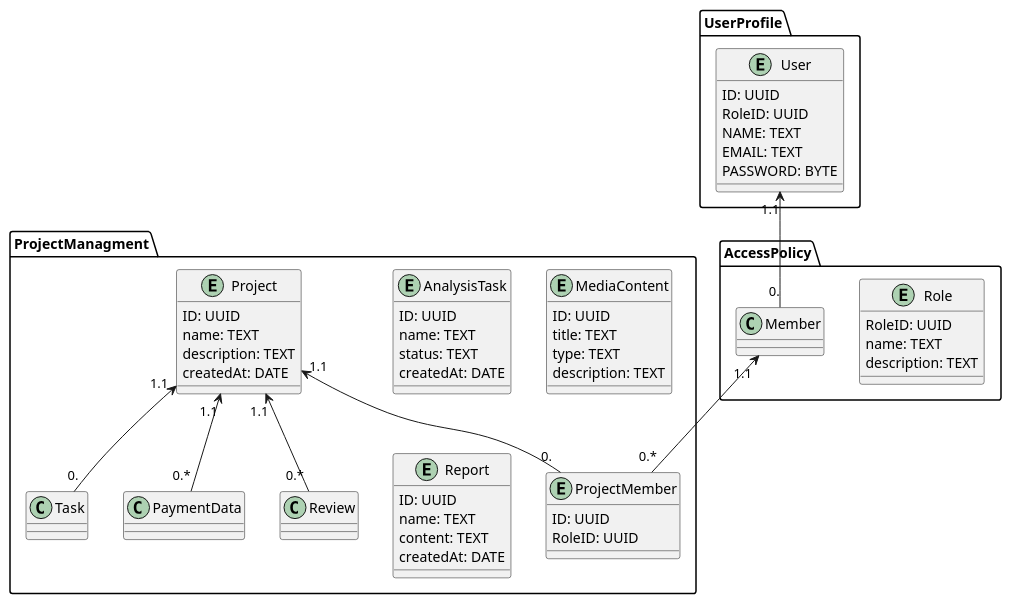
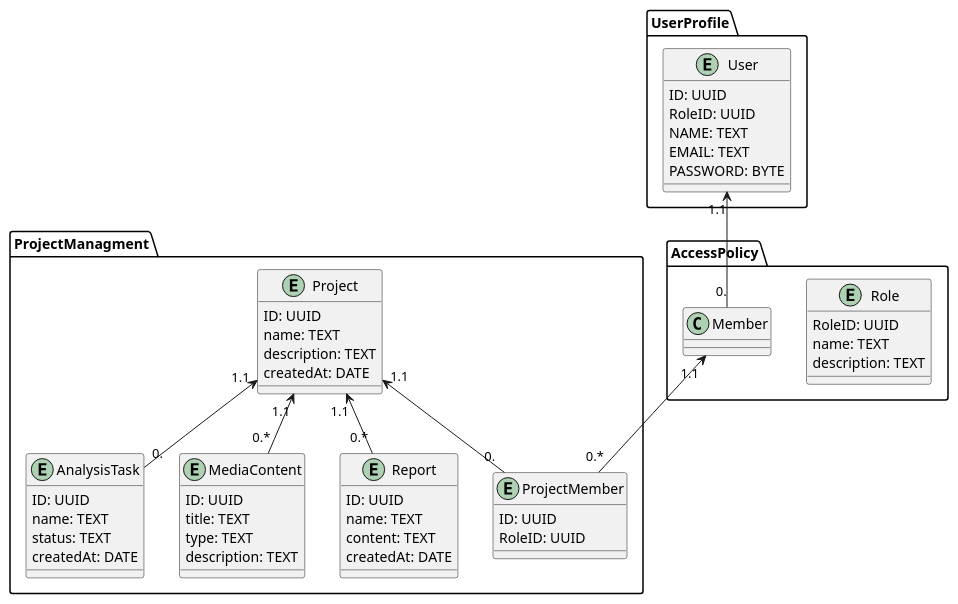
One commit to zhkcll/lab6 changed the diagram in docs/design.md. Above: the diagram before and after it, drawn with PlantUML.

Commit message:
Corrected mistakes

````diff
--- a/docs/design.md
+++ b/docs/design.md
@@ -7,65 +7,65 @@
 ```plantuml
 @startuml
 package ProjectManagment {
     entity ProjectMember {
         ID: UUID
         RoleID: UUID
     }
 
     entity Project {
         ID: UUID
         name: TEXT
         description: TEXT
         createdAt: DATE
     }
 
     entity AnalysisTask {
         ID: UUID
         name: TEXT
         status: TEXT
         createdAt: DATE
     }
 
     entity MediaContent {
         ID: UUID
         title: TEXT
         type: TEXT
         description: TEXT
     }
 
     entity Report {
         ID: UUID
         name: TEXT
         content: TEXT
         createdAt: DATE
     }
 }
 
 package AccessPolicy {
     entity Role {
         RoleID: UUID
         name: TEXT
         description: TEXT
     }
 }
 
 package UserProfile {
     entity User {
         ID: UUID
         RoleID: UUID
         NAME: TEXT
         EMAIL: TEXT
         PASSWORD: BYTE
     }
 }
 
 ProjectManagment.Project "1.1" <-- "0." ProjectManagment.ProjectMember
-ProjectManagment.Project "1.1" <-- "0." ProjectManagment.Task
-ProjectManagment.Project "1.1" <-- "0.*" ProjectManagment.PaymentData
-ProjectManagment.Project "1.1" <-- "0.*" ProjectManagment.Review
+ProjectManagment.Project "1.1" <-- "0." ProjectManagment.AnalysisTask
+ProjectManagment.Project "1.1" <-- "0.*" ProjectManagment.MediaContent
+ProjectManagment.Project "1.1" <-- "0.*" ProjectManagment.Report
 
 UserProfile.User "1.1" <-- "0." AccessPolicy.Member
 
 AccessPolicy.Member "1.1" <-- "0.*" ProjectManagment.ProjectMember
 @enduml
 ```
````
